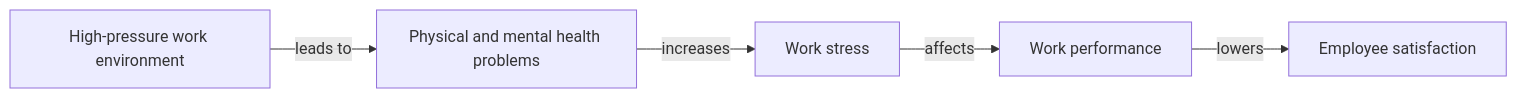
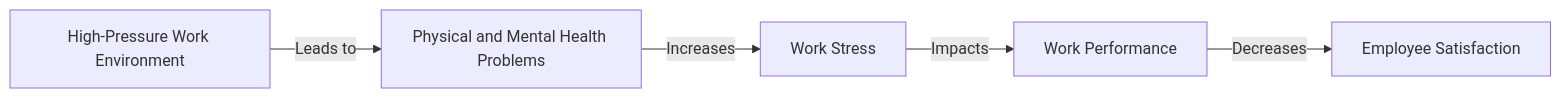
One commit to a920604a/engineernews changed the diagram in src/content/posts/career/2026-04-27-ALruCKQQ_pw.en.md. Above: the diagram before and after it, drawn with Mermaid. The commit also changed other lines of this file and 49 other files, not shown here.

````diff
--- a/src/content/posts/career/2026-04-27-ALruCKQQ_pw.en.md
+++ b/src/content/posts/career/2026-04-27-ALruCKQQ_pw.en.md
@@ -32,7 +23,7 @@
 ```mermaid
 graph LR
-    A[High-pressure work environment] -->|"leads to"| B[Physical and mental health problems]
-    B -->|"increases"| C[Work stress]
-    C -->|"affects"| D[Work performance]
-    D -->|"lowers"| E[Employee satisfaction]
+    A[High-Pressure Work Environment] -->|"Leads to"| B[Physical and Mental Health Problems]
+    B -->|"Increases"| C[Work Stress]
+    C -->|"Impacts"| D[Work Performance]
+    D -->|"Decreases"| E[Employee Satisfaction]
 ```
````
